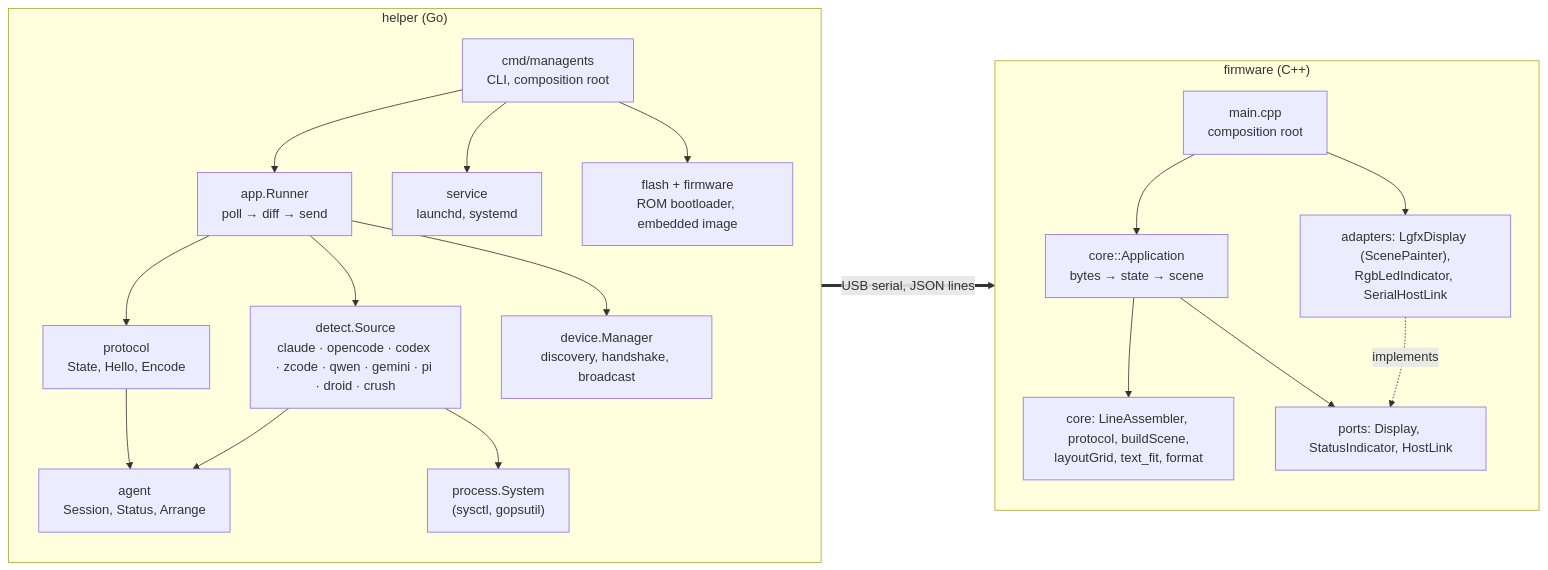
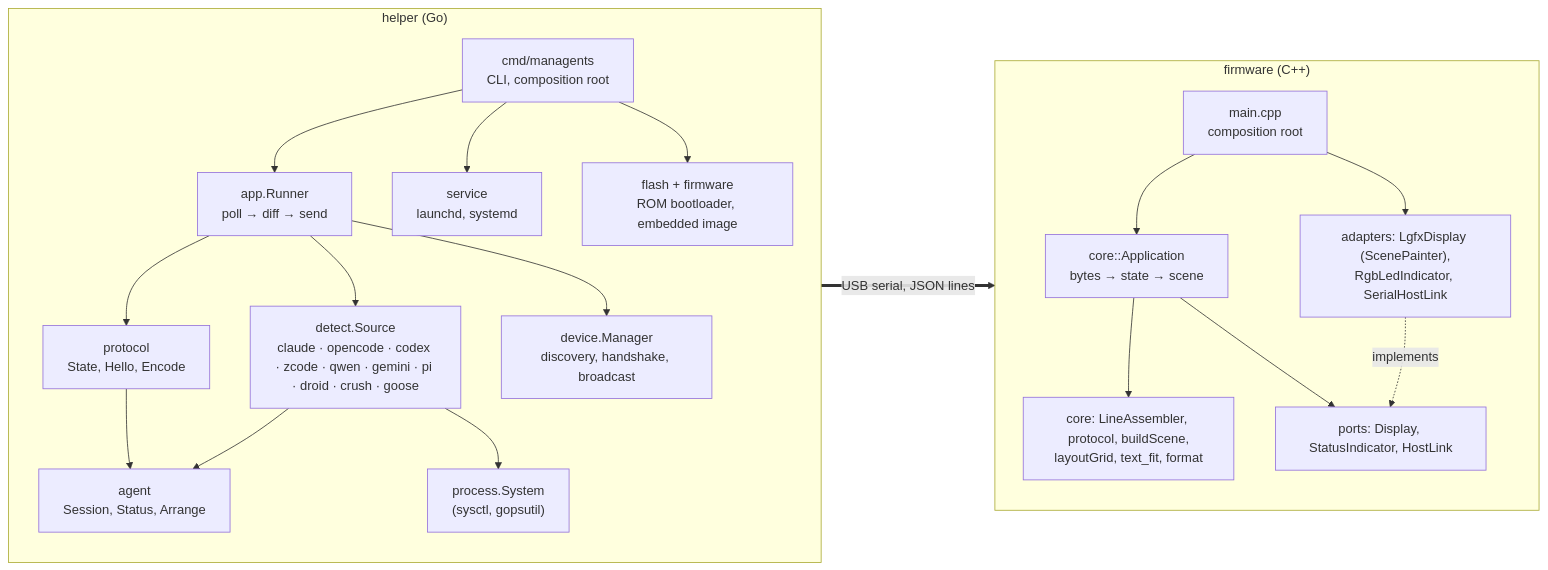
One commit to tonylook/managents changed the first of 2 diagrams in docs/architecture.md. Above: the diagram before and after it, drawn with Mermaid. The commit also changed other lines of this file and 8 other files, not shown here.

````diff
--- a/docs/architecture.md
+++ b/docs/architecture.md
@@ -12,31 +12,31 @@
 ```mermaid
 flowchart LR
     subgraph helper["helper (Go)"]
         direction TB
         cmd["cmd/managents<br/>CLI, composition root"]
         appr["app.Runner<br/>poll → diff → send"]
-        detect["detect.Source<br/>claude · opencode · codex · zcode · qwen · gemini · pi · droid · crush"]
+        detect["detect.Source<br/>claude · opencode · codex · zcode · qwen · gemini · pi · droid · crush · goose"]
         agentd["agent<br/>Session, Status, Arrange"]
         proto["protocol<br/>State, Hello, Encode"]
         device["device.Manager<br/>discovery, handshake, broadcast"]
         procs["process.System<br/>(sysctl, gopsutil)"]
         svc["service<br/>launchd, systemd"]
         flash["flash + firmware<br/>ROM bootloader, embedded image"]
         cmd --> appr & svc & flash
         appr --> detect & proto & device
         detect --> agentd & procs
         proto --> agentd
     end
     subgraph firmware["firmware (C++)"]
         direction TB
         main["main.cpp<br/>composition root"]
         appc["core::Application<br/>bytes → state → scene"]
         corep["core: LineAssembler, protocol, buildScene,<br/>layoutGrid, text_fit, format"]
         ports["ports: Display, StatusIndicator, HostLink"]
         adapters["adapters: LgfxDisplay (ScenePainter),<br/>RgbLedIndicator, SerialHostLink"]
         main --> appc & adapters
         appc --> corep & ports
         adapters -. implements .-> ports
     end
     device == "USB serial, JSON lines" ==> main
 ```
````
